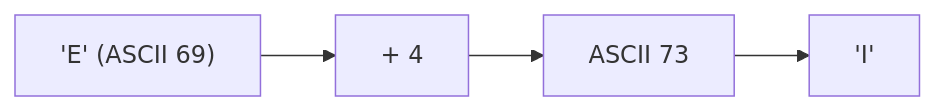
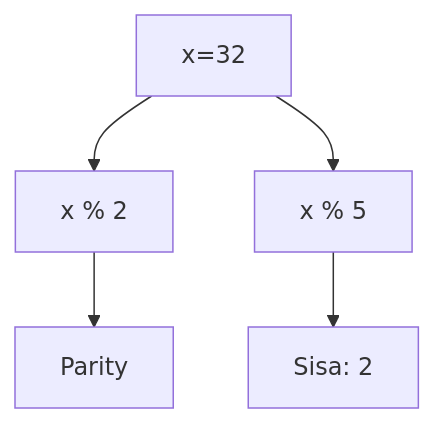
The second of 25 diagrams in part-c-pemahaman-cpp/01-tipe-data/latihan/set-06.md (amnahwaida/OSNK_INF_PREP), drawn with Mermaid before and after one commit. The commit also changed other lines of this file and 71 other files, not shown here.

````diff
--- a/part-c-pemahaman-cpp/01-tipe-data/latihan/set-06.md
+++ b/part-c-pemahaman-cpp/01-tipe-data/latihan/set-06.md
@@ -24,6 +54,7 @@
 ```mermaid
-graph LR
-    A["'E' (ASCII 69)"] --> B["+ 4"]
-    B --> C["ASCII 73"]
-    C --> D["'I'"]
+graph TD
+A[x=32] --> B[x % 2]
+B --> C[Parity]
+A --> D[x % 5]
+D --> E[Sisa: 2]
 ```
````
